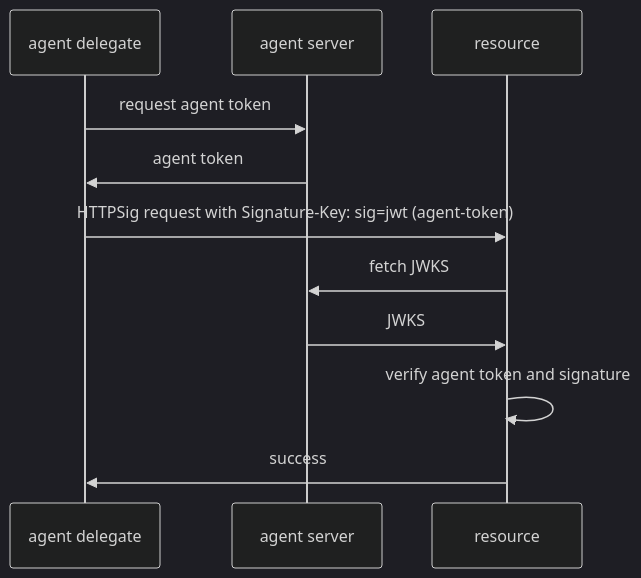
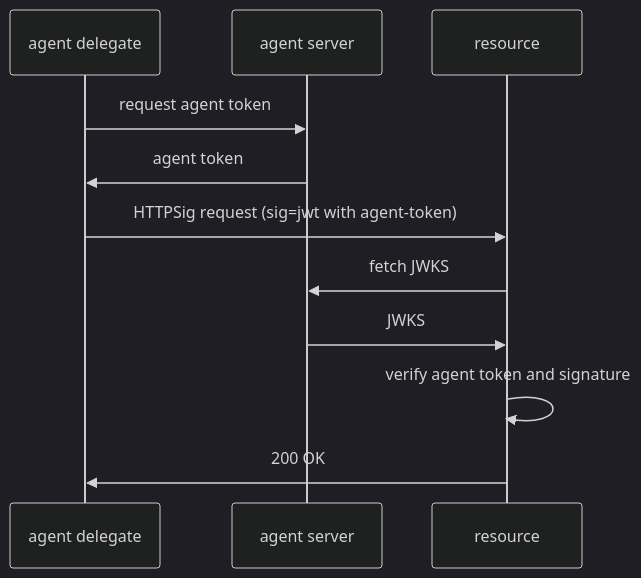
The third of 8 diagrams in README.md (dickhardt/agent-auth), drawn with Mermaid (dark theme) before and after one commit. The commit also changed other lines of this file, not shown here.

First line of the commit message:
Update to four signature schemes with required x5t

````diff
--- a/README.md
+++ b/README.md
@@ -267,15 +206,15 @@
 ```mermaid
 sequenceDiagram
-    participant Agent as agent delegate
-    participant AgentServer as agent server
+    participant Delegate as agent delegate
+    participant Server as agent server
     participant Resource as resource
 
-    Agent->>AgentServer: request agent token
-    AgentServer->>Agent: agent token
+    Delegate->>Server: request agent token
+    Server->>Delegate: agent token
 
-    Agent->>Resource: HTTPSig request with Signature-Key: sig=jwt (agent-token)
-    Resource->>AgentServer: fetch JWKS
-    AgentServer->>Resource: JWKS
+    Delegate->>Resource: HTTPSig request (sig=jwt with agent-token)
+    Resource->>Server: fetch JWKS
+    Server->>Resource: JWKS
     Resource->>Resource: verify agent token and signature
-    Resource->>Agent: success
+    Resource->>Delegate: 200 OK
 ```
````
